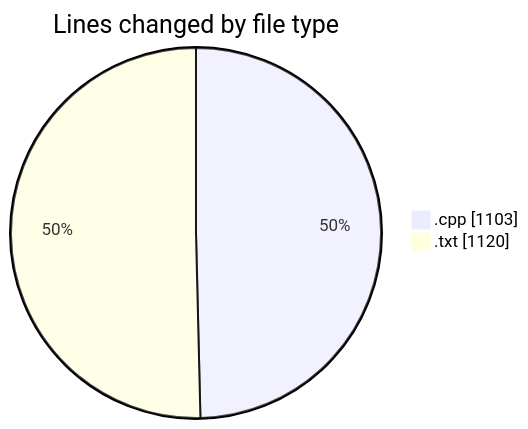
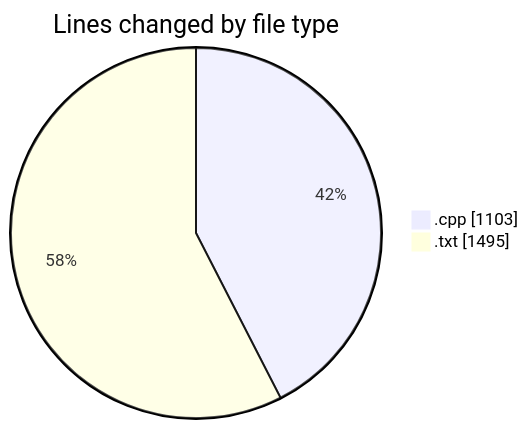
One commit to Ritupan-Deka/code-tracking changed the first of 2 diagrams in 2025-06-21/refinedproject/README.md. Above: the diagram before and after it, drawn with Mermaid. The commit also changed other lines of this file and 1 other file, not shown here.

````diff
--- a/2025-06-21/refinedproject/README.md
+++ b/2025-06-21/refinedproject/README.md
@@ -26,6 +26,6 @@
 ```mermaid
 pie showData
 title Lines changed by file type
 ".cpp" : 1103
-".txt" : 1120
+".txt" : 1495
 ```
````
